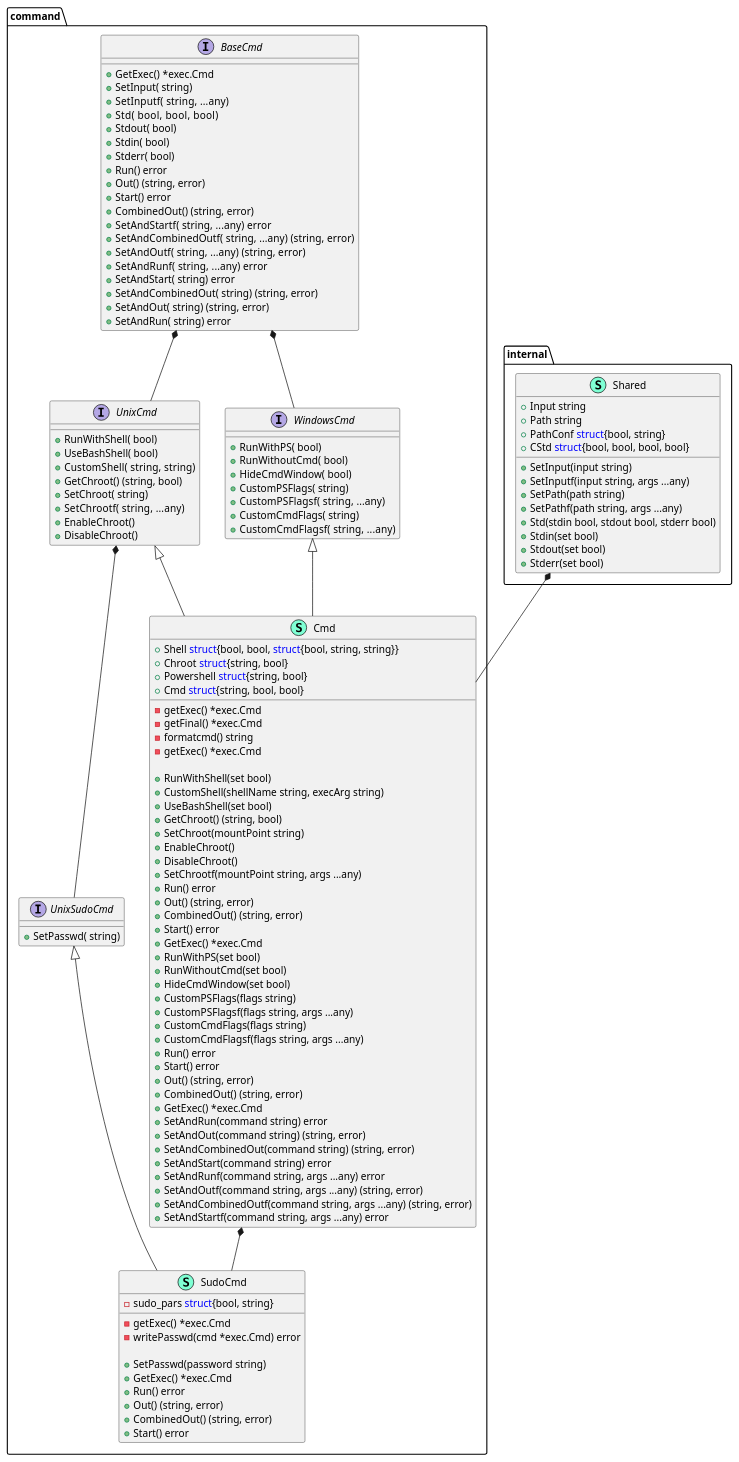
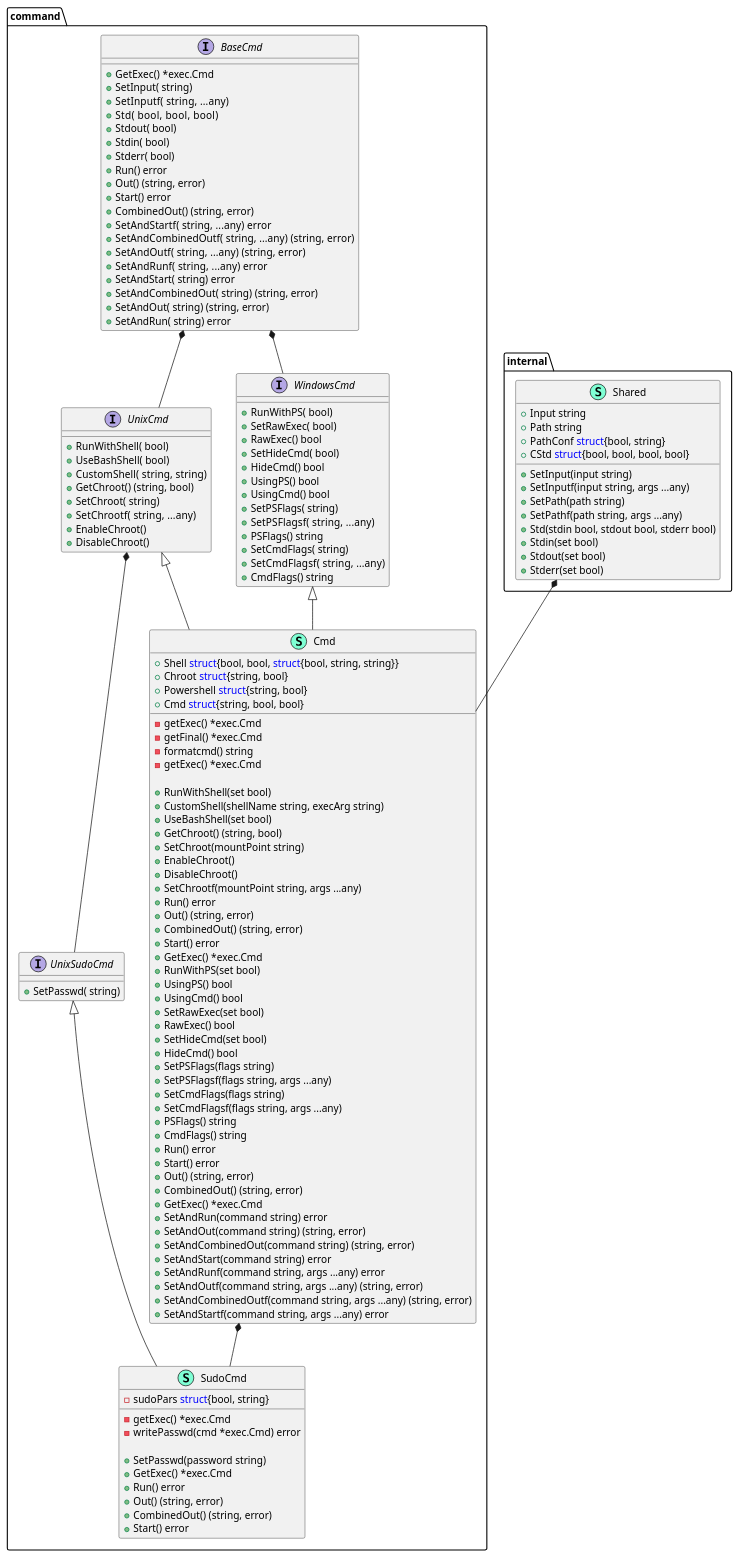
The diagram in structure.puml (Tom5521/CmdRunTools), drawn with PlantUML before and after one commit.

```diff
--- a/structure.puml
+++ b/structure.puml
@@ -1,141 +1,153 @@
 @startuml
 namespace command {
     interface BaseCmd  {
         + GetExec() *exec.Cmd
         + SetInput( string) 
         + SetInputf( string,  ...any) 
         + Std( bool,  bool,  bool) 
         + Stdout( bool) 
         + Stdin( bool) 
         + Stderr( bool) 
         + Run() error
         + Out() (string, error)
         + Start() error
         + CombinedOut() (string, error)
         + SetAndStartf( string,  ...any) error
         + SetAndCombinedOutf( string,  ...any) (string, error)
         + SetAndOutf( string,  ...any) (string, error)
         + SetAndRunf( string,  ...any) error
         + SetAndStart( string) error
         + SetAndCombinedOut( string) (string, error)
         + SetAndOut( string) (string, error)
         + SetAndRun( string) error
 
     }
     class Cmd << (S,Aquamarine) >> {
         + Shell <font color=blue>struct</font>{bool, bool, <font color=blue>struct</font>{bool, string, string}}
         + Chroot <font color=blue>struct</font>{string, bool}
         + Powershell <font color=blue>struct</font>{string, bool}
         + Cmd <font color=blue>struct</font>{string, bool, bool}
 
         - getExec() *exec.Cmd
         - getFinal() *exec.Cmd
         - formatcmd() string
         - getExec() *exec.Cmd
 
         + RunWithShell(set bool) 
         + CustomShell(shellName string, execArg string) 
         + UseBashShell(set bool) 
         + GetChroot() (string, bool)
         + SetChroot(mountPoint string) 
         + EnableChroot() 
         + DisableChroot() 
         + SetChrootf(mountPoint string, args ...any) 
         + Run() error
         + Out() (string, error)
         + CombinedOut() (string, error)
         + Start() error
         + GetExec() *exec.Cmd
         + RunWithPS(set bool) 
-        + RunWithoutCmd(set bool) 
-        + HideCmdWindow(set bool) 
-        + CustomPSFlags(flags string) 
-        + CustomPSFlagsf(flags string, args ...any) 
-        + CustomCmdFlags(flags string) 
-        + CustomCmdFlagsf(flags string, args ...any) 
+        + UsingPS() bool
+        + UsingCmd() bool
+        + SetRawExec(set bool) 
+        + RawExec() bool
+        + SetHideCmd(set bool) 
+        + HideCmd() bool
+        + SetPSFlags(flags string) 
+        + SetPSFlagsf(flags string, args ...any) 
+        + SetCmdFlags(flags string) 
+        + SetCmdFlagsf(flags string, args ...any) 
+        + PSFlags() string
+        + CmdFlags() string
         + Run() error
         + Start() error
         + Out() (string, error)
         + CombinedOut() (string, error)
         + GetExec() *exec.Cmd
         + SetAndRun(command string) error
         + SetAndOut(command string) (string, error)
         + SetAndCombinedOut(command string) (string, error)
         + SetAndStart(command string) error
         + SetAndRunf(command string, args ...any) error
         + SetAndOutf(command string, args ...any) (string, error)
         + SetAndCombinedOutf(command string, args ...any) (string, error)
         + SetAndStartf(command string, args ...any) error
 
     }
     class SudoCmd << (S,Aquamarine) >> {
-        - sudo_pars <font color=blue>struct</font>{bool, string}
+        - sudoPars <font color=blue>struct</font>{bool, string}
 
         - getExec() *exec.Cmd
         - writePasswd(cmd *exec.Cmd) error
 
         + SetPasswd(password string) 
         + GetExec() *exec.Cmd
         + Run() error
         + Out() (string, error)
         + CombinedOut() (string, error)
         + Start() error
 
     }
     interface UnixCmd  {
         + RunWithShell( bool) 
         + UseBashShell( bool) 
         + CustomShell( string,  string) 
         + GetChroot() (string, bool)
         + SetChroot( string) 
         + SetChrootf( string,  ...any) 
         + EnableChroot() 
         + DisableChroot() 
 
     }
     interface UnixSudoCmd  {
         + SetPasswd( string) 
 
     }
     interface WindowsCmd  {
         + RunWithPS( bool) 
-        + RunWithoutCmd( bool) 
-        + HideCmdWindow( bool) 
-        + CustomPSFlags( string) 
-        + CustomPSFlagsf( string,  ...any) 
-        + CustomCmdFlags( string) 
-        + CustomCmdFlagsf( string,  ...any) 
+        + SetRawExec( bool) 
+        + RawExec() bool
+        + SetHideCmd( bool) 
+        + HideCmd() bool
+        + UsingPS() bool
+        + UsingCmd() bool
+        + SetPSFlags( string) 
+        + SetPSFlagsf( string,  ...any) 
+        + PSFlags() string
+        + SetCmdFlags( string) 
+        + SetCmdFlagsf( string,  ...any) 
+        + CmdFlags() string
 
     }
 }
 "internal.Shared" *-- "command.Cmd"
 "command.Cmd" *-- "command.SudoCmd"
 "command.BaseCmd" *-- "command.UnixCmd"
 "command.UnixCmd" *-- "command.UnixSudoCmd"
 "command.BaseCmd" *-- "command.WindowsCmd"
 
 "command.UnixCmd" <|-- "command.Cmd"
 "command.WindowsCmd" <|-- "command.Cmd"
 "command.UnixSudoCmd" <|-- "command.SudoCmd"
 
 namespace internal {
     class Shared << (S,Aquamarine) >> {
         + Input string
         + Path string
         + PathConf <font color=blue>struct</font>{bool, string}
         + CStd <font color=blue>struct</font>{bool, bool, bool, bool}
 
         + SetInput(input string) 
         + SetInputf(input string, args ...any) 
         + SetPath(path string) 
         + SetPathf(path string, args ...any) 
         + Std(stdin bool, stdout bool, stderr bool) 
         + Stdin(set bool) 
         + Stdout(set bool) 
         + Stderr(set bool) 
 
     }
 }
 
 
 @enduml
```
